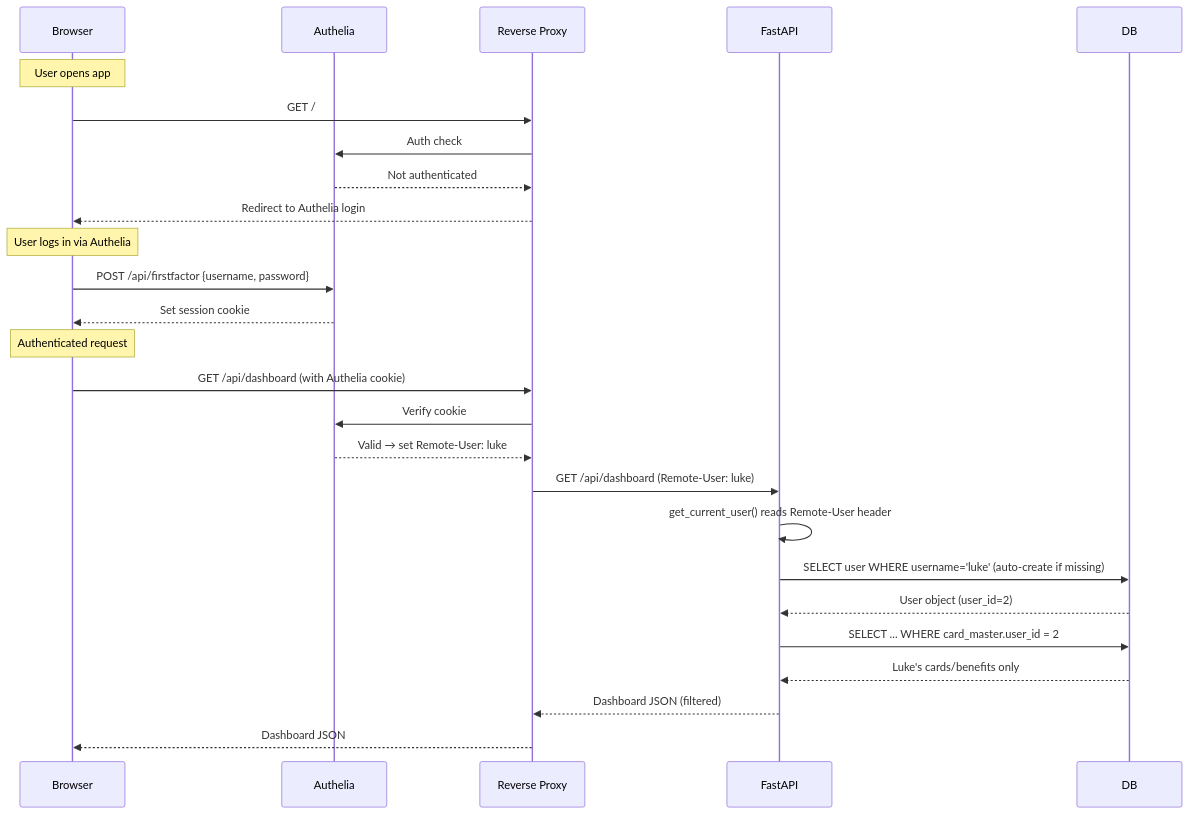
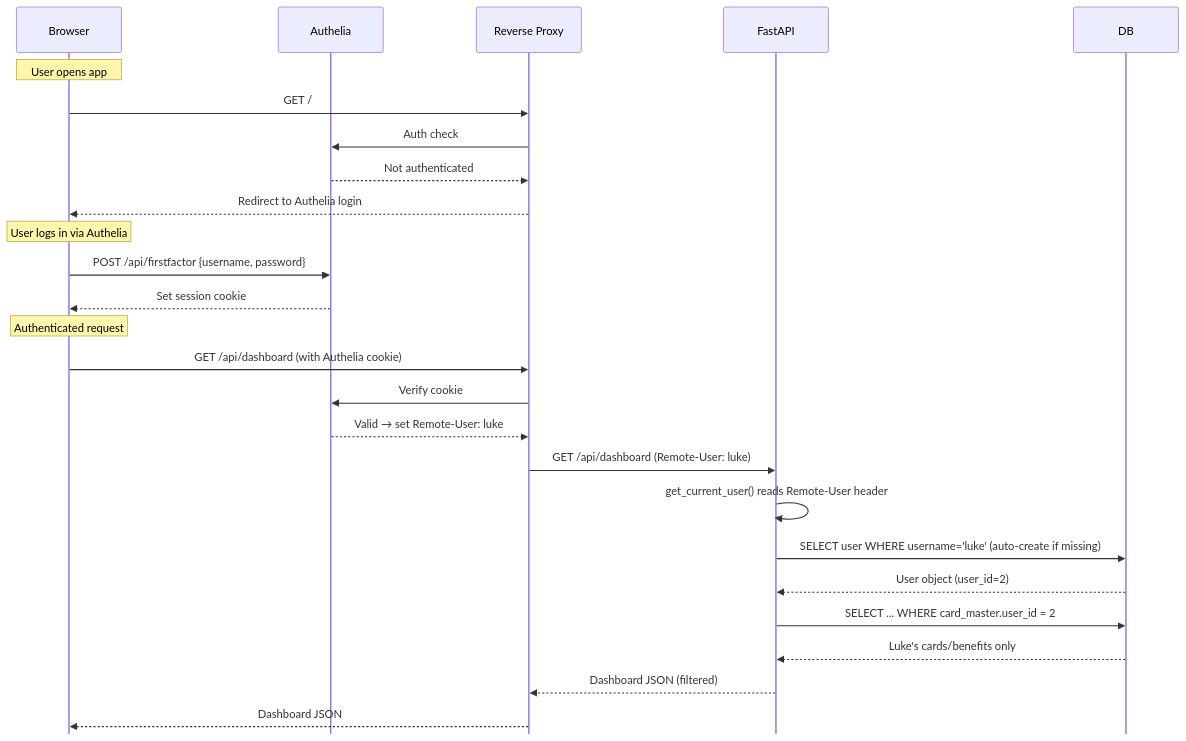
Before and after one commit to lukeckt2/credit-card-benefit-tracker: the second of 2 diagrams in README.md, drawn with Mermaid. The commit also changed other lines of this file, not shown here.

Commit message:
feat(docs): update architecture section to include flow diagram

````diff
--- a/README.md
+++ b/README.md
@@ -192,31 +192,29 @@
 ```mermaid
+%%{init: {'sequence': {'mirrorActors': false, 'messageMargin': 15, 'noteMargin': 5, 'bottomMarginAdj': 5}}}%%
 sequenceDiagram
     participant Browser
     participant Authelia
     participant Reverse Proxy
     participant FastAPI
     participant DB
-
     Note over Browser: User opens app
     Browser->>Reverse Proxy: GET /
     Reverse Proxy->>Authelia: Auth check
     Authelia-->>Reverse Proxy: Not authenticated
     Reverse Proxy-->>Browser: Redirect to Authelia login
-
     Note over Browser: User logs in via Authelia
     Browser->>Authelia: POST /api/firstfactor {username, password}
     Authelia-->>Browser: Set session cookie
-
     Note over Browser: Authenticated request
     Browser->>Reverse Proxy: GET /api/dashboard (with Authelia cookie)
     Reverse Proxy->>Authelia: Verify cookie
     Authelia-->>Reverse Proxy: Valid → set Remote-User: luke
     Reverse Proxy->>FastAPI: GET /api/dashboard (Remote-User: luke)
     FastAPI->>FastAPI: get_current_user() reads Remote-User header
     FastAPI->>DB: SELECT user WHERE username='luke' (auto-create if missing)
     DB-->>FastAPI: User object (user_id=2)
     FastAPI->>DB: SELECT ... WHERE card_master.user_id = 2
     DB-->>FastAPI: Luke's cards/benefits only
     FastAPI-->>Reverse Proxy: Dashboard JSON (filtered)
     Reverse Proxy-->>Browser: Dashboard JSON
 ```
````
